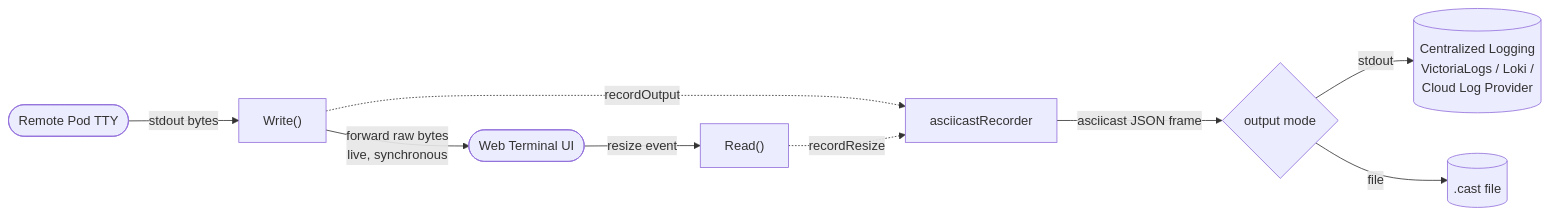
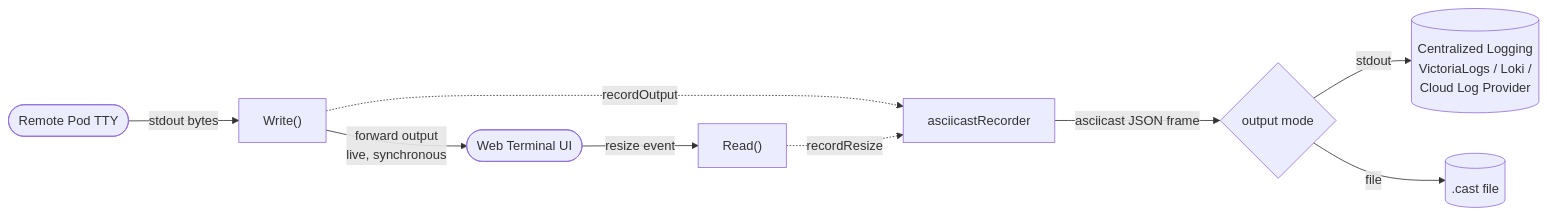
The first of 2 diagrams in docs/proposals/terminal-session-recording.md (n888/argo-cd), drawn with Mermaid before and after one commit. The commit also changed other lines of this file, not shown here.

````diff
--- a/docs/proposals/terminal-session-recording.md
+++ b/docs/proposals/terminal-session-recording.md
@@ -37,13 +37,13 @@
 ```mermaid
 flowchart LR
     Pod([Remote Pod TTY]) -->|stdout bytes| Write["Write()"]
     Term([Web Terminal UI]) -->|resize event| Read["Read()"]
 
-    Write -->|forward raw bytes<br/>live, synchronous| Term
+    Write -->|forward output<br/>live, synchronous| Term
     Write -.->|recordOutput| Rec[asciicastRecorder]
     Read -.->|recordResize| Rec
 
     Rec -->|asciicast JSON frame| Mode{output mode}
-    Mode -->|stdout| Log[("Centralized Logging<br/>VictoriaLogs / Loki /<br> Cloud Log Provider")]
+    Mode -->|stdout| Log[("Centralized Logging<br/>VictoriaLogs / Loki /<br/>Cloud Log Provider")]
     Mode -->|file| Cast[(".cast file")]
 ```
````
